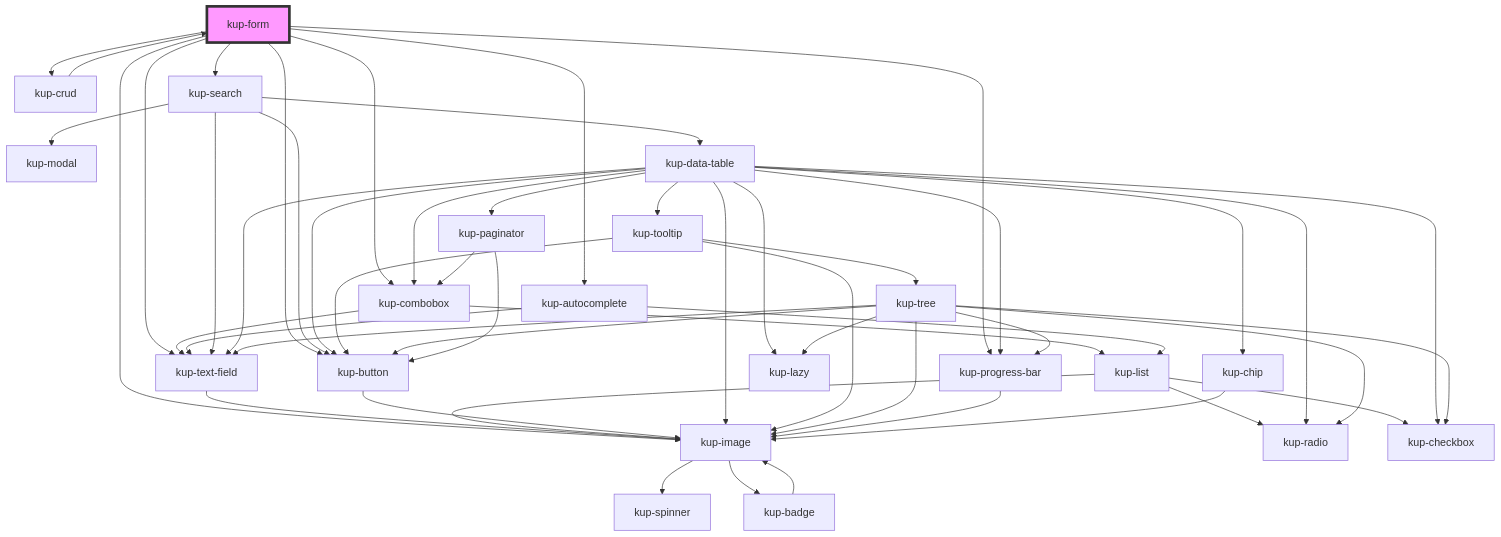
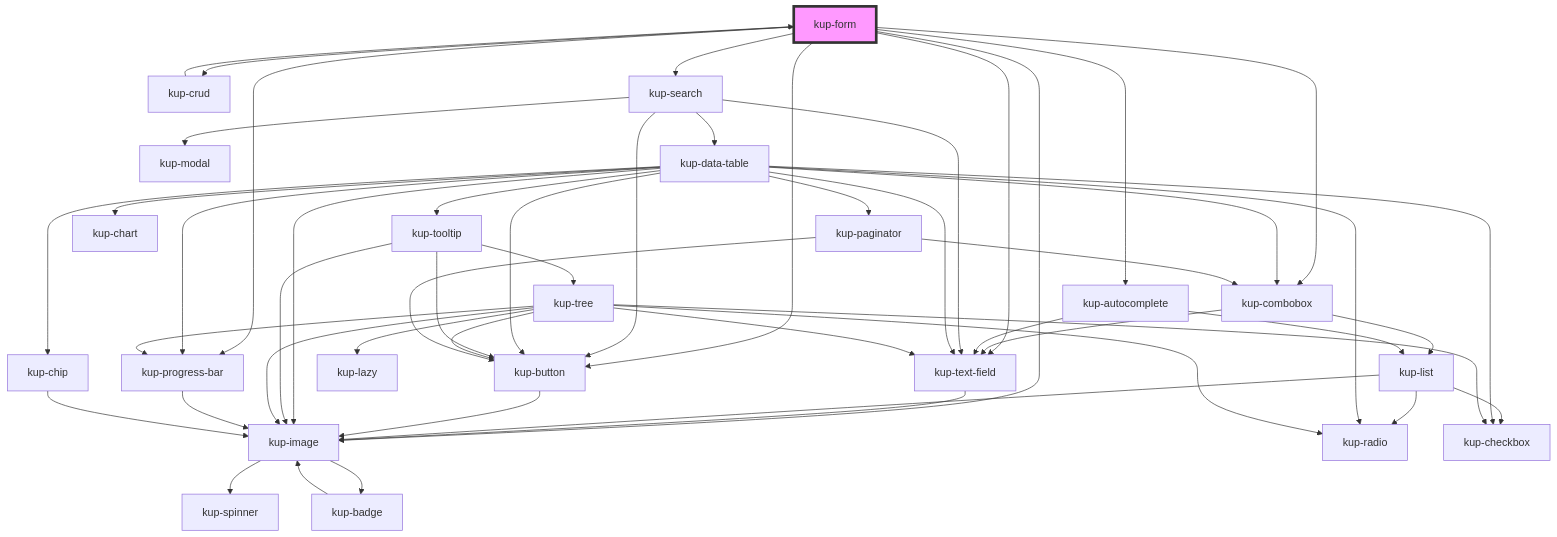
The diagram in packages/ketchup/src/components/kup-form/readme.md (smeup/ketchup), drawn with Mermaid before and after one commit. The commit also changed 8 other files, not shown here.

````diff
--- a/packages/ketchup/src/components/kup-form/readme.md
+++ b/packages/ketchup/src/components/kup-form/readme.md
@@ -131,54 +131,54 @@
 ```mermaid
 graph TD;
   kup-form --> kup-combobox
   kup-form --> kup-crud
   kup-form --> kup-autocomplete
   kup-form --> kup-search
   kup-form --> kup-image
   kup-form --> kup-progress-bar
   kup-form --> kup-text-field
   kup-form --> kup-button
   kup-combobox --> kup-text-field
   kup-combobox --> kup-list
   kup-text-field --> kup-image
   kup-image --> kup-spinner
   kup-image --> kup-badge
   kup-badge --> kup-image
   kup-list --> kup-image
   kup-list --> kup-radio
   kup-list --> kup-checkbox
   kup-crud --> kup-form
   kup-button --> kup-image
   kup-autocomplete --> kup-text-field
   kup-autocomplete --> kup-list
   kup-search --> kup-text-field
   kup-search --> kup-button
   kup-search --> kup-modal
   kup-search --> kup-data-table
   kup-data-table --> kup-checkbox
   kup-data-table --> kup-button
   kup-data-table --> kup-text-field
   kup-data-table --> kup-tooltip
-  kup-data-table --> kup-lazy
   kup-data-table --> kup-image
+  kup-data-table --> kup-chart
   kup-data-table --> kup-progress-bar
   kup-data-table --> kup-radio
   kup-data-table --> kup-paginator
   kup-data-table --> kup-combobox
   kup-data-table --> kup-chip
   kup-tooltip --> kup-button
   kup-tooltip --> kup-image
   kup-tooltip --> kup-tree
   kup-tree --> kup-button
   kup-tree --> kup-lazy
   kup-tree --> kup-checkbox
   kup-tree --> kup-image
   kup-tree --> kup-progress-bar
   kup-tree --> kup-radio
   kup-tree --> kup-text-field
   kup-progress-bar --> kup-image
   kup-paginator --> kup-button
   kup-paginator --> kup-combobox
   kup-chip --> kup-image
   style kup-form fill:#f9f,stroke:#333,stroke-width:4px
 ```
````
